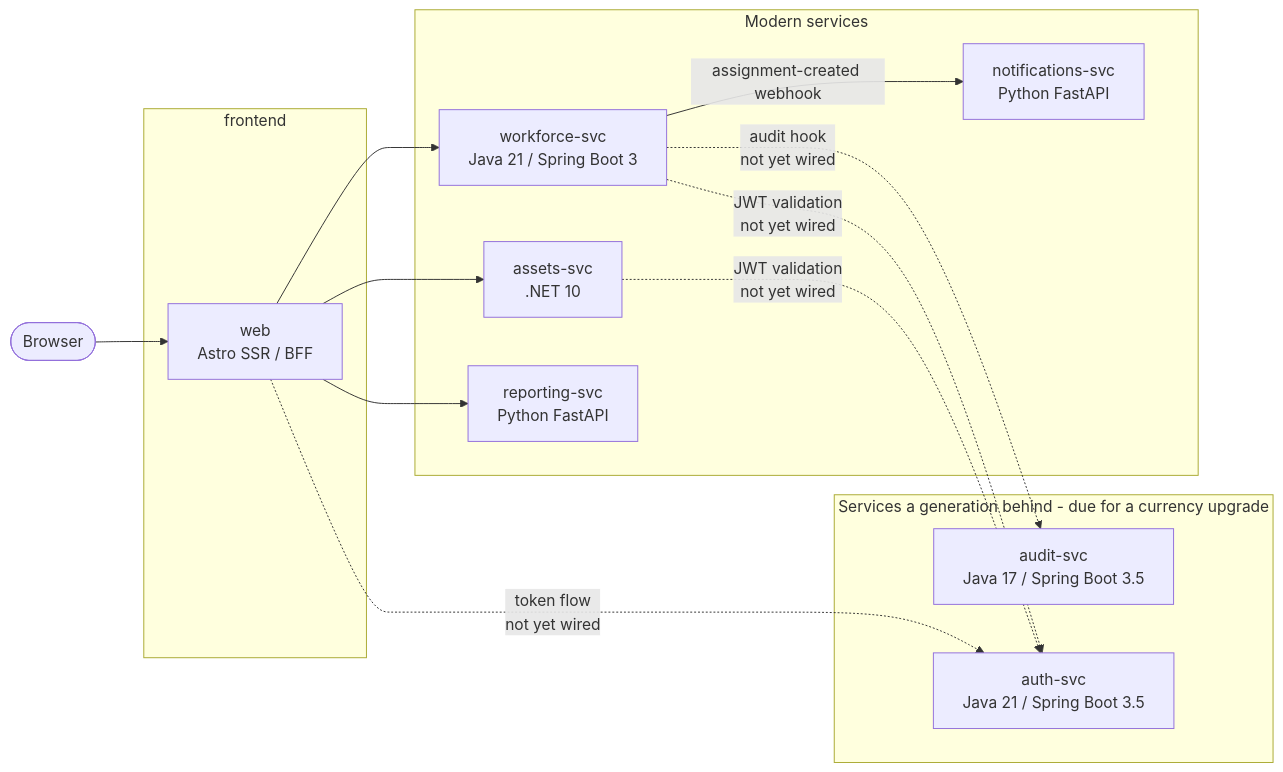
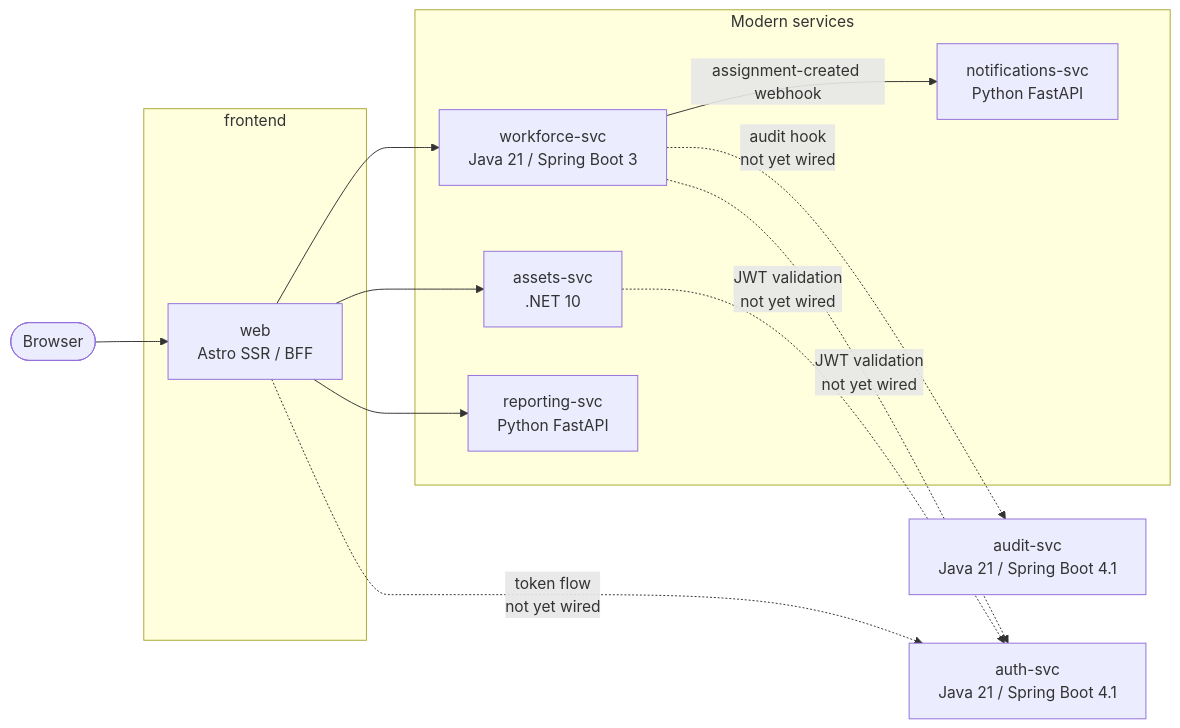
Before and after one commit to jamesmorrissey-ai/AssetTrack: the diagram in README.md, drawn with Mermaid. The commit also changed other lines of this file and 6 other files, not shown here.

First line of the commit message:
docs: align repository with modern Java services

````diff
--- a/README.md
+++ b/README.md
@@ -12,29 +12,27 @@
 ```mermaid
 flowchart LR
     browser([Browser]) --> web
 
     subgraph frontend
       web[web<br/>Astro SSR / BFF]
     end
 
     subgraph modern[Modern services]
       assets[assets-svc<br/>.NET 10]
       workforce[workforce-svc<br/>Java 21 / Spring Boot 3]
       reporting[reporting-svc<br/>Python FastAPI]
       notifications[notifications-svc<br/>Python FastAPI]
     end
 
-    subgraph behind[Services a generation behind - due for a currency upgrade]
-      audit[audit-svc<br/>Java 17 / Spring Boot 3.5]
-      auth[auth-svc<br/>Java 21 / Spring Boot 3.5]
-    end
+    audit[audit-svc<br/>Java 21 / Spring Boot 4.1]
+    auth[auth-svc<br/>Java 21 / Spring Boot 4.1]
 
     web --> assets
     web --> workforce
     web --> reporting
     workforce -.audit hook<br/>not yet wired.-> audit
     workforce -->|assignment-created webhook| notifications
     web -.token flow<br/>not yet wired.-> auth
     assets -.JWT validation<br/>not yet wired.-> auth
     workforce -.JWT validation<br/>not yet wired.-> auth
 ```
````
